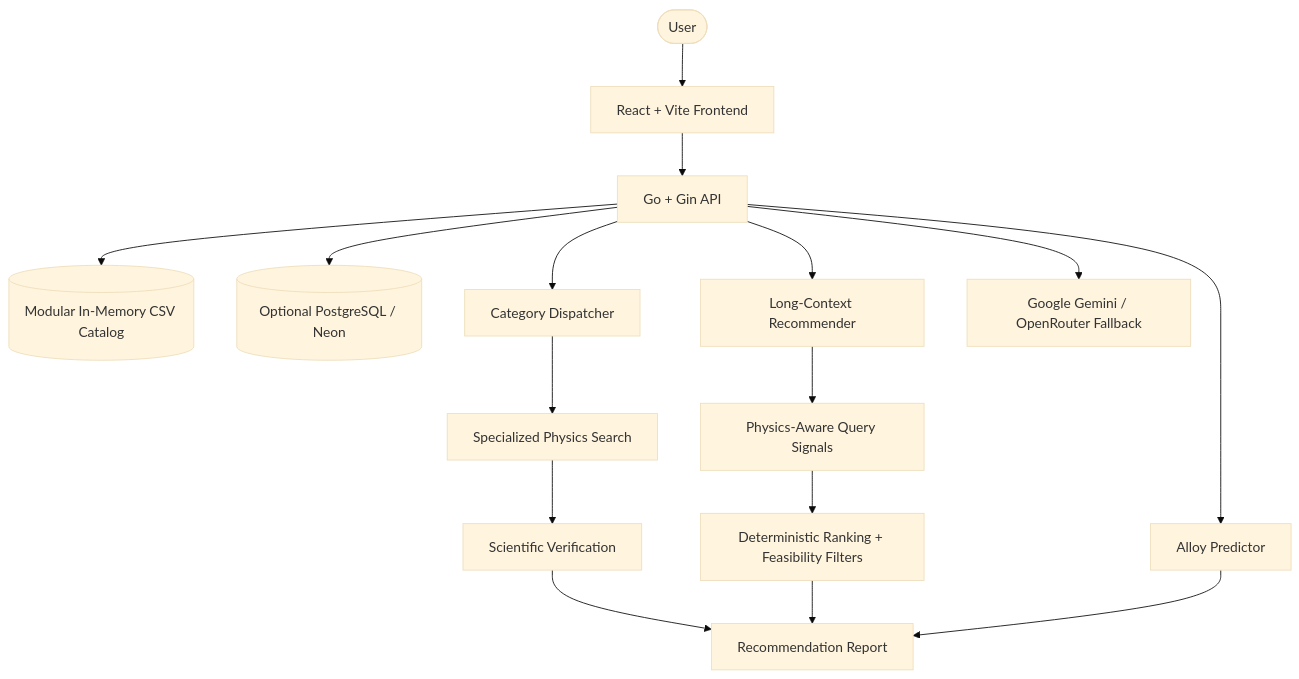
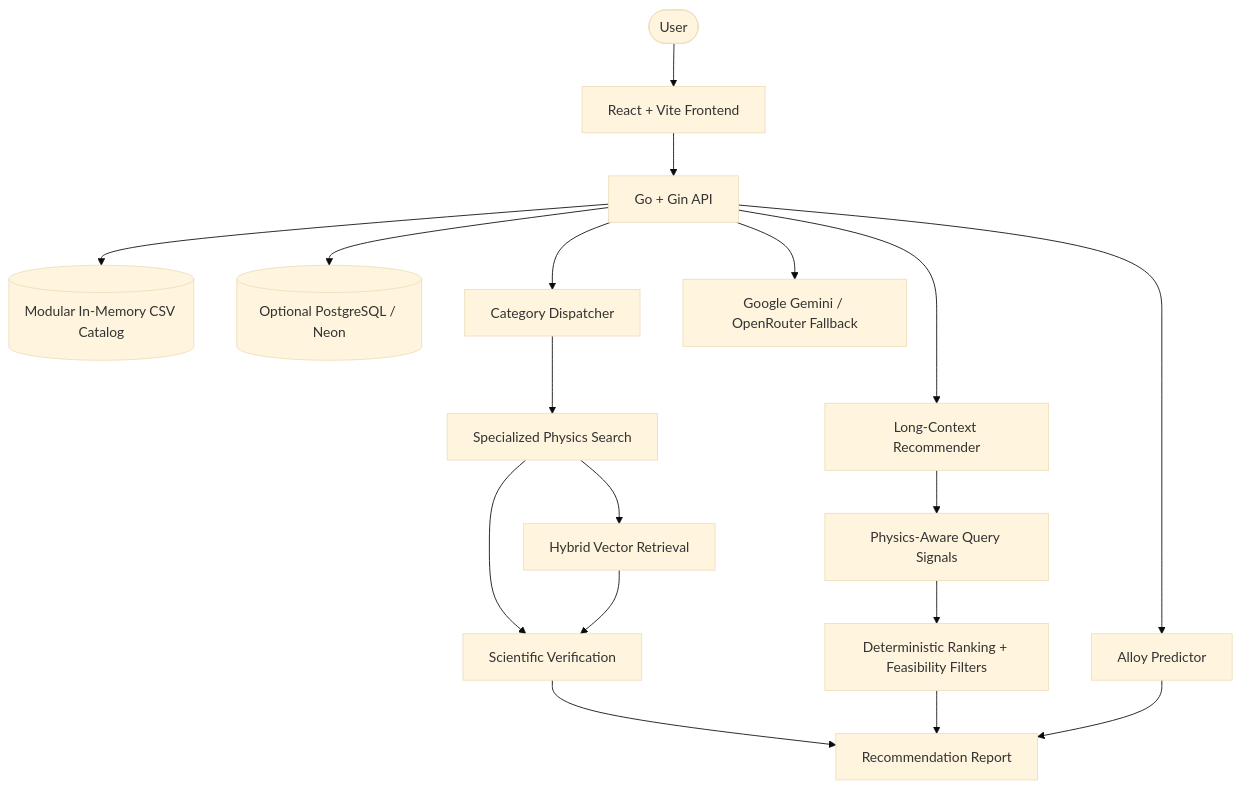
The diagram in README.md (VivekWar/met-quest3), drawn with Mermaid (base theme) before and after one commit. The commit also changed other lines of this file and 11 other files, not shown here.

Commit message:
Upgrade hybrid vector RAG, guardrails, mobile UI, and 10-case validation

````diff
--- a/README.md
+++ b/README.md
@@ -35,18 +37,20 @@
 ```mermaid
 graph TD
     User([User]) --> Frontend[React + Vite Frontend]
     Frontend --> API[Go + Gin API]
     API --> CSV[(Modular In-Memory CSV Catalog)]
     API --> PG[(Optional PostgreSQL / Neon)]
     API --> Legacy[Long-Context Recommender]
     Legacy --> Signals[Physics-Aware Query Signals]
     Signals --> Fallbacks[Deterministic Ranking + Feasibility Filters]
     API --> Dispatcher[Category Dispatcher]
     Dispatcher --> Search[Specialized Physics Search]
+    Search --> Vector[Hybrid Vector Retrieval]
     Search --> Analysis[Scientific Verification]
+    Vector --> Analysis
     API --> Predictor[Alloy Predictor]
     API --> LLM[Google Gemini / OpenRouter Fallback]
     Analysis --> Response[Recommendation Report]
     Fallbacks --> Response
     Predictor --> Response
 ```
````
